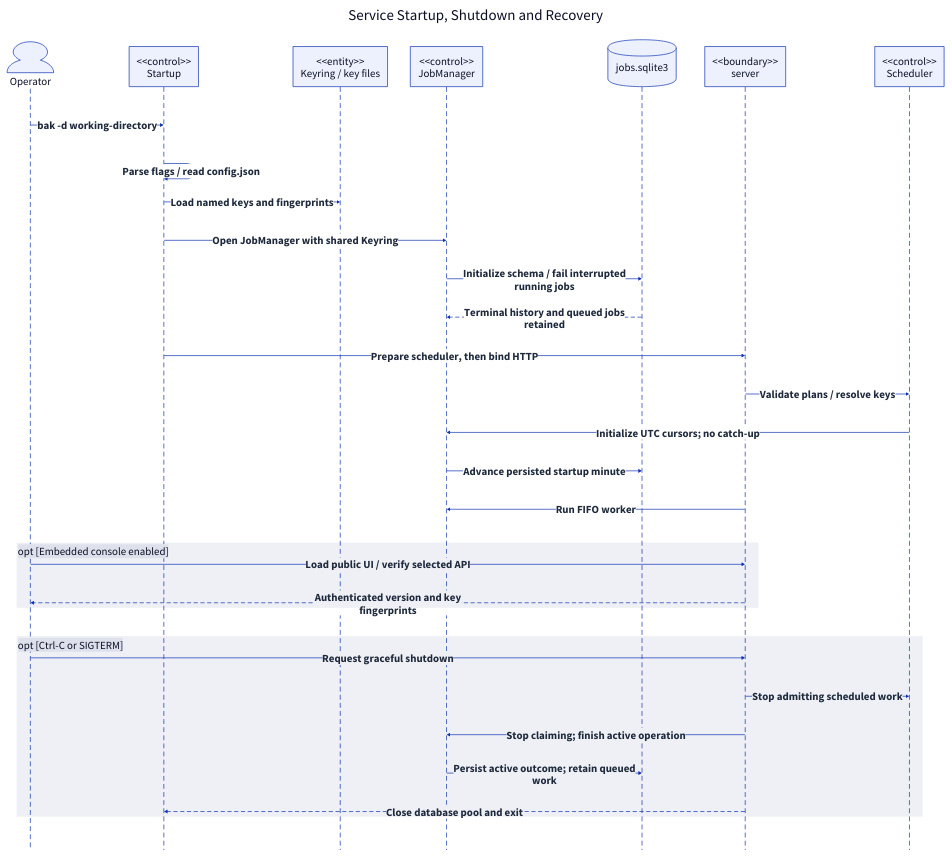
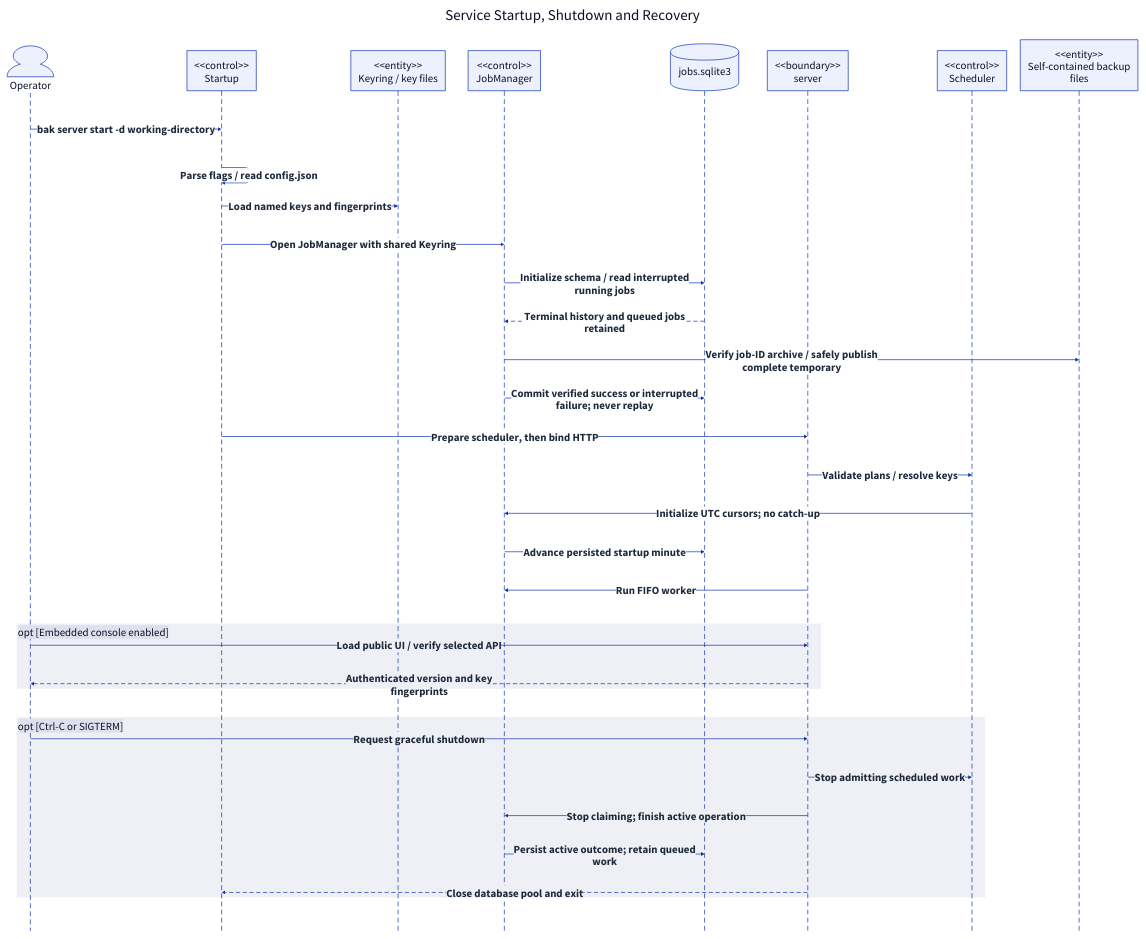
One commit to qi7876/software-development-exp changed the diagram in docs/report/generated/system-sequence-configure.d2. Above: the diagram before and after it, drawn with D2. The commit also changed 15 other files, not shown here.

```diff
--- a/docs/report/generated/system-sequence-configure.d2
+++ b/docs/report/generated/system-sequence-configure.d2
@@ -1,41 +1,44 @@
 # Generated from docs/report/model.yaml; do not edit directly.
 direction: down
 **.style.font-size: 32
 (** -> **)[*].style: {font-size: 32; bold: true; italic: false; font-color: "#1E293B"}
 (** -- **)[*].style: {font-size: 32; bold: true; italic: false; font-color: "#1E293B"}
 (** <- **)[*].style: {font-size: 32; bold: true; italic: false; font-color: "#1E293B"}
 diagram: "Service Startup, Shutdown and Recovery" {
   style.font-size: 44
   style.fill: white
   style.stroke: transparent
   shape: sequence_diagram
   User: "Operator" {shape: person}
   Main: "<<control>>\nStartup" {shape: rectangle}
   Keys: "<<entity>>\nKeyring / key files" {shape: rectangle}
   Jobs: "<<control>>\nJobManager" {shape: rectangle}
   DB: "jobs.sqlite3" {shape: cylinder}
   Server: "<<boundary>>\nserver" {shape: rectangle}
   Scheduler: "<<control>>\nScheduler" {shape: rectangle}
-  User -> Main: "bak -d working-directory"
+  Repo: "<<entity>>\nSelf-contained backup\nfiles" {shape: rectangle}
+  User -> Main: "bak server start -d working-directory"
   Main -> Main: "Parse flags / read config.json"
   Main -> Keys: "Load named keys and fingerprints"
   Main -> Jobs: "Open JobManager with shared Keyring"
-  Jobs -> DB: "Initialize schema / fail interrupted\nrunning jobs"
+  Jobs -> DB: "Initialize schema / read interrupted\nrunning jobs"
   DB -> Jobs: "Terminal history and queued jobs\nretained" {style.stroke-dash: 5}
+  Jobs -> Repo: "Verify job-ID archive / safely publish\ncomplete temporary"
+  Jobs -> DB: "Commit verified success or interrupted\nfailure; never replay"
   Main -> Server: "Prepare scheduler, then bind HTTP"
   Server -> Scheduler: "Validate plans / resolve keys"
   Scheduler -> Jobs: "Initialize UTC cursors; no catch-up"
   Jobs -> DB: "Advance persisted startup minute"
   Server -> Jobs: "Run FIFO worker"
-  fragment_11: "opt [Embedded console enabled]" {
+  fragment_13: "opt [Embedded console enabled]" {
     User -> Server: "Load public UI / verify selected API"
     Server -> User: "Authenticated version and key\nfingerprints" {style.stroke-dash: 5}
   }
-  fragment_15: "opt [Ctrl-C or SIGTERM]" {
+  fragment_17: "opt [Ctrl-C or SIGTERM]" {
     User -> Server: "Request graceful shutdown"
     Server -> Scheduler: "Stop admitting scheduled work"
     Server -> Jobs: "Stop claiming; finish active operation"
     Jobs -> DB: "Persist active outcome; retain queued\nwork"
     Server -> Main: "Close database pool and exit" {style.stroke-dash: 5}
   }
 }
```
